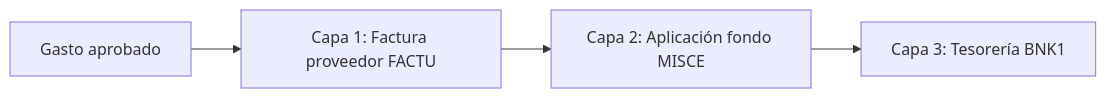
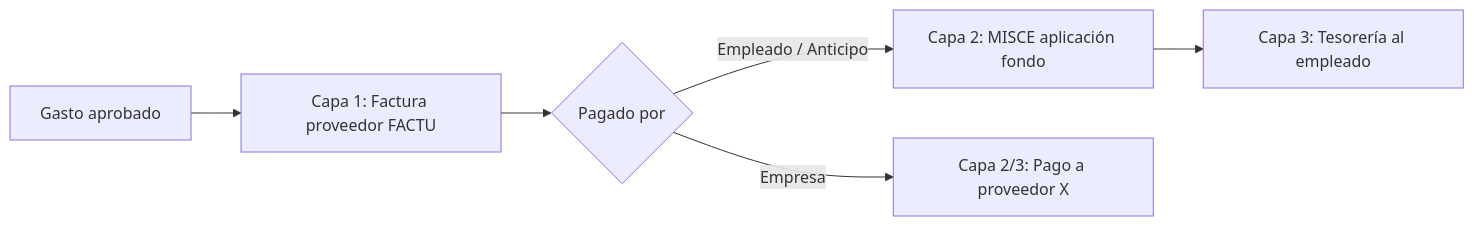
One commit to kenocia/emsoind changed the diagram in kc_expense_fiscal_hn_v18/docs/MANUAL_USUARIO_GASTOS_FISCAL_HN.md. Above: the diagram before and after it, drawn with Mermaid. The commit also changed other lines of this file and 17 other files, not shown here.

````diff
--- a/kc_expense_fiscal_hn_v18/docs/MANUAL_USUARIO_GASTOS_FISCAL_HN.md
+++ b/kc_expense_fiscal_hn_v18/docs/MANUAL_USUARIO_GASTOS_FISCAL_HN.md
@@ -93,6 +113,8 @@
 ```mermaid
 flowchart LR
     A[Gasto aprobado] --> B[Capa 1: Factura proveedor FACTU]
-    B --> C[Capa 2: Aplicación fondo MISCE]
-    C --> D[Capa 3: Tesorería BNK1]
+    B --> C{Pagado por}
+    C -->|Empleado / Anticipo| D[Capa 2: MISCE aplicación fondo]
+    D --> E[Capa 3: Tesorería al empleado]
+    C -->|Empresa| F[Capa 2/3: Pago a proveedor X]
 ```
````
